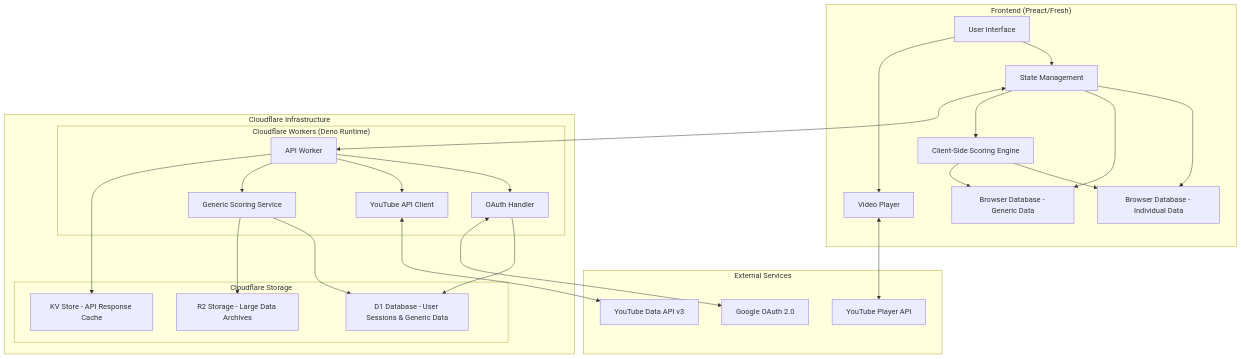
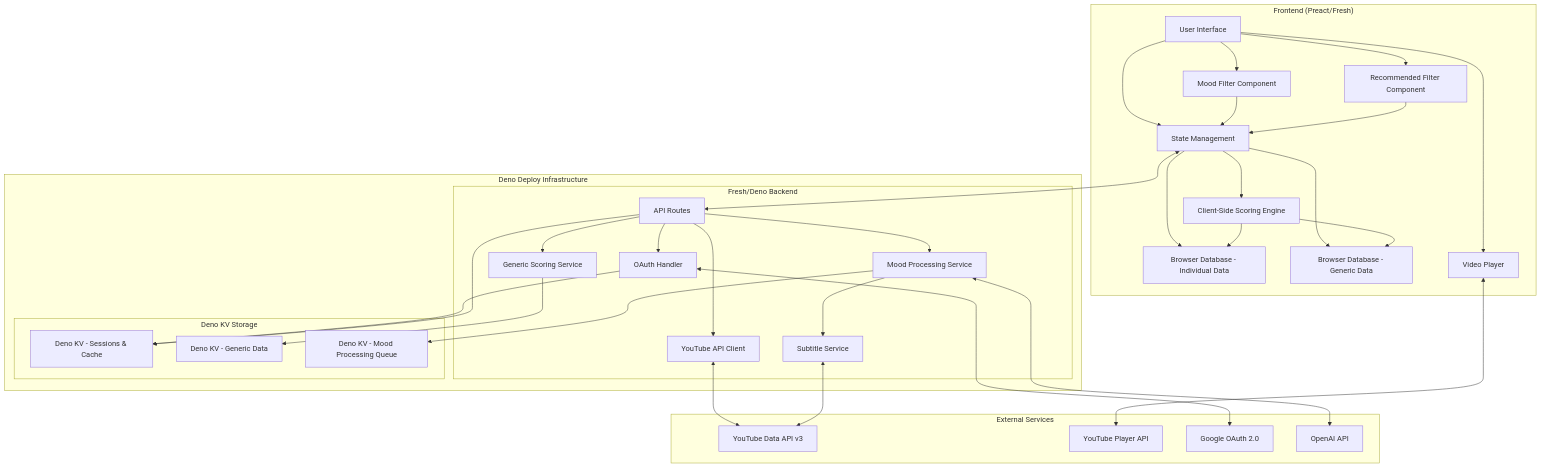
Before and after one commit to adir1/contented: the diagram in .kiro/specs/youtube-api-integration/design.md, drawn with Mermaid. The commit also changed other lines of this file and 19 other files, not shown here.

````diff
--- a/.kiro/specs/youtube-api-integration/design.md
+++ b/.kiro/specs/youtube-api-integration/design.md
@@ -11,54 +11,67 @@
 ```mermaid
 graph TB
     subgraph "Frontend (Preact/Fresh)"
         UI[User Interface]
         SM[State Management]
         DB[Browser Database - Individual Data]
         GDB[Browser Database - Generic Data]
         VP[Video Player]
         SC[Client-Side Scoring Engine]
+        MF[Mood Filter Component]
+        RF[Recommended Filter Component]
     end
     
-    subgraph "Cloudflare Infrastructure"
-        subgraph "Cloudflare Workers (Deno Runtime)"
-            API[API Worker]
+    subgraph "Deno Deploy Infrastructure"
+        subgraph "Fresh/Deno Backend"
+            API[API Routes]
             AUTH[OAuth Handler]
             YT[YouTube API Client]
             GS[Generic Scoring Service]
+            MPS[Mood Processing Service]
+            STS[Subtitle Service]
         end
         
-        subgraph "Cloudflare Storage"
-            D1[D1 Database - User Sessions & Generic Data]
-            KV[KV Store - API Response Cache]
-            R2[R2 Storage - Large Data Archives]
+        subgraph "Deno KV Storage"
+            KV[Deno KV - Sessions & Cache]
+            KVDB[Deno KV - Generic Data]
+            MOODKV[Deno KV - Mood Processing Queue]
         end
     end
     
     subgraph "External Services"
         YTAPI[YouTube Data API v3]
         YTPLAYER[YouTube Player API]
         OAUTH[Google OAuth 2.0]
+        OPENAI[OpenAI API]
     end
     
     UI --> SM
     SM --> DB
     SM --> GDB
     UI --> VP
+    UI --> MF
+    UI --> RF
     SC --> DB
     SC --> GDB
     SM --> SC
+    MF --> SM
+    RF --> SM
     
     SM <--> API
     API --> AUTH
     API --> YT
     API --> GS
+    API --> MPS
+    MPS --> STS
     
-    AUTH --> D1
+    AUTH --> KV
     API --> KV
-    GS --> D1
-    GS --> R2
+    GS --> KVDB
+    MPS --> MOODKV
     
     AUTH <--> OAUTH
     YT <--> YTAPI
     VP <--> YTPLAYER
+    MPS <--> OPENAI
+    STS <--> YTAPI
 ```
````
